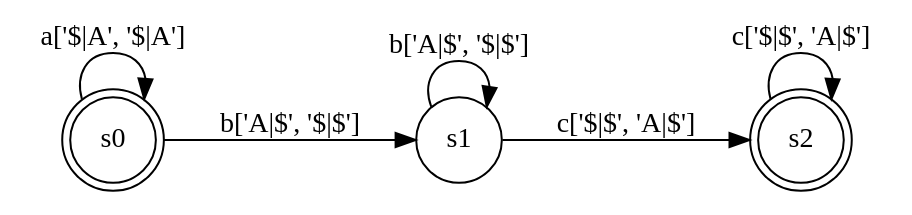
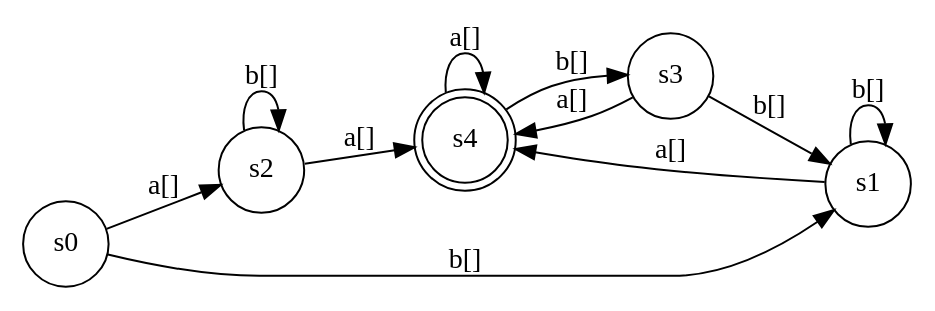
Before and after one commit to pgrisales/itc: the diagram in fsm.gv, drawn with Graphviz. The commit also changed 2 other files, not shown here.

```diff
--- a/fsm.gv
+++ b/fsm.gv
@@ -1,15 +1,18 @@
 digraph finite_state_machine {
 	rankdir=LR size="8,5"
 	node [shape=circle]
-	node [shape=doublecircle]
 	s0
 	node [shape=doublecircle]
-	s0
-	s2
+	s4
 	node [shape=circle]
-	s0 -> s0 [label="a['$|A', '$|A']"]
-	s0 -> s1 [label="b['A|$', '$|$']"]
-	s1 -> s1 [label="b['A|$', '$|$']"]
-	s1 -> s2 [label="c['$|$', 'A|$']"]
-	s2 -> s2 [label="c['$|$', 'A|$']"]
+	s0 -> s2 [label="a[]"]
+	s0 -> s1 [label="b[]"]
+	s1 -> s4 [label="a[]"]
+	s1 -> s1 [label="b[]"]
+	s2 -> s4 [label="a[]"]
+	s2 -> s2 [label="b[]"]
+	s3 -> s4 [label="a[]"]
+	s3 -> s1 [label="b[]"]
+	s4 -> s4 [label="a[]"]
+	s4 -> s3 [label="b[]"]
 }
```
